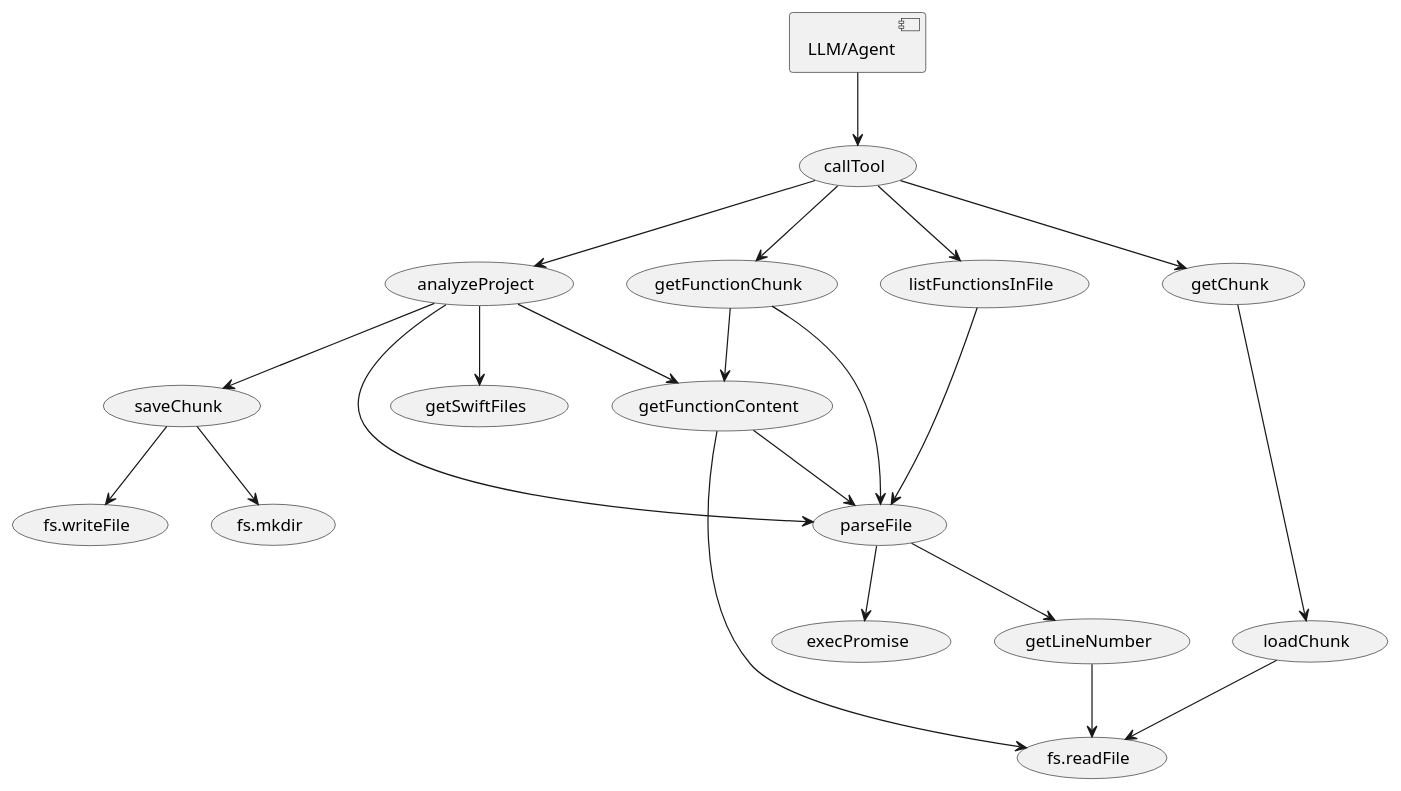
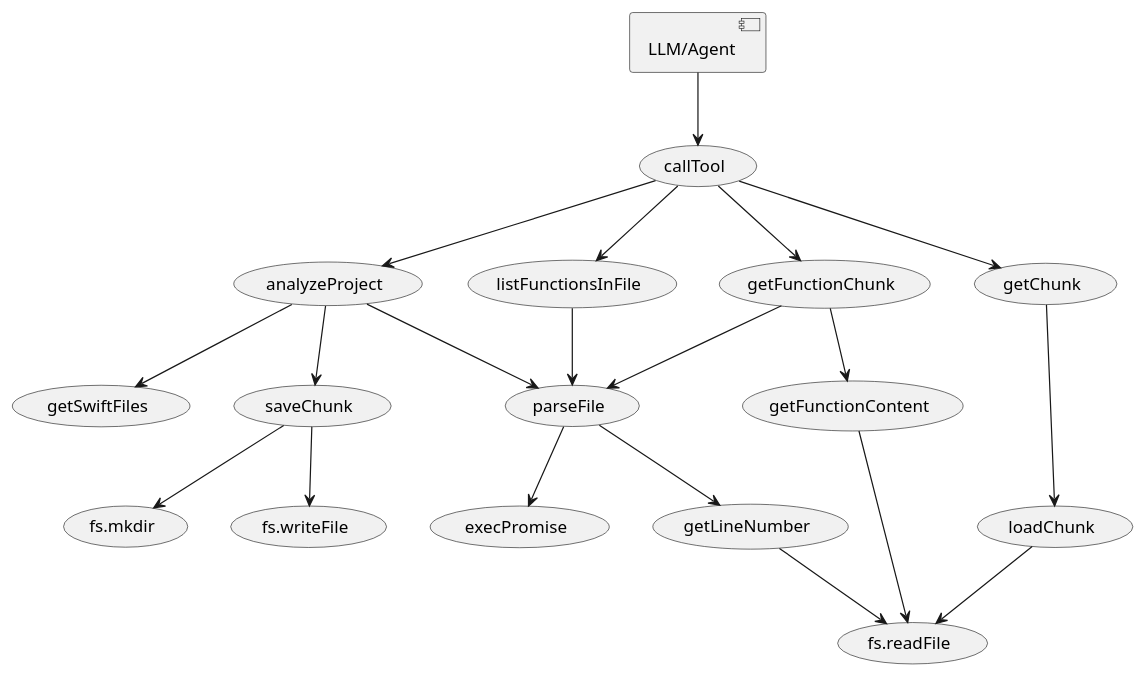
One commit to aoitan/project-analyzer-mcp changed the diagram in doc/diagrams/call_graph_diagram.puml. Above: the diagram before and after it, drawn with PlantUML. The commit also changed 7 other files, not shown here.

First line of the commit message:
docs: PlantUML図を最新化

```diff
--- a/doc/diagrams/call_graph_diagram.puml
+++ b/doc/diagrams/call_graph_diagram.puml
@@ -1,35 +1,35 @@
 @startuml
 
 [LLM/Agent] --> (callTool)
 
 (callTool) --> (analyzeProject)
 (callTool) --> (getChunk)
 (callTool) --> (listFunctionsInFile)
 (callTool) --> (getFunctionChunk)
 
 (analyzeProject) --> (getSwiftFiles)
 (analyzeProject) --> (parseFile)
-(analyzeProject) --> (getFunctionContent)
+
 (analyzeProject) --> (saveChunk)
 
 (getChunk) --> (loadChunk)
 
 (listFunctionsInFile) --> (parseFile)
 
 (getFunctionChunk) --> (parseFile)
 (getFunctionChunk) --> (getFunctionContent)
 
 (parseFile) --> (execPromise)
 (parseFile) --> (getLineNumber)
 
 (getLineNumber) --> (fs.readFile)
 
 (getFunctionContent) --> (fs.readFile)
-(getFunctionContent) --> (parseFile)
+
 
 (saveChunk) --> (fs.mkdir)
 (saveChunk) --> (fs.writeFile)
 
 (loadChunk) --> (fs.readFile)
 
 @enduml
```
